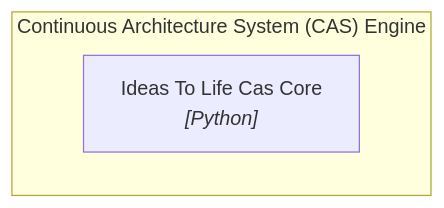
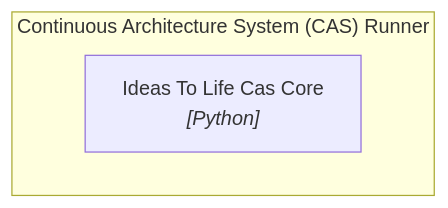
Before and after one commit to cas-governance-portal/cas-governance-portal.github.io: the diagram in projects/ideas-to-life-cas/architecture-state/diagrams/containers.mmd, drawn with Mermaid. The commit also changed 37 other files, not shown here.

```diff
--- a/projects/ideas-to-life-cas/architecture-state/diagrams/containers.mmd
+++ b/projects/ideas-to-life-cas/architecture-state/diagrams/containers.mmd
@@ -1,4 +1,4 @@
 flowchart TD
-    subgraph Boundary["Continuous Architecture System (CAS) Engine"]
+    subgraph Boundary["Continuous Architecture System (CAS) Runner"]
         ideas_to_life_cas_core["Ideas To Life Cas Core<br/><i>[Python]</i>"]
     end
```
